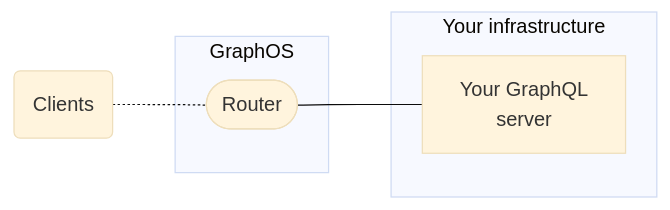
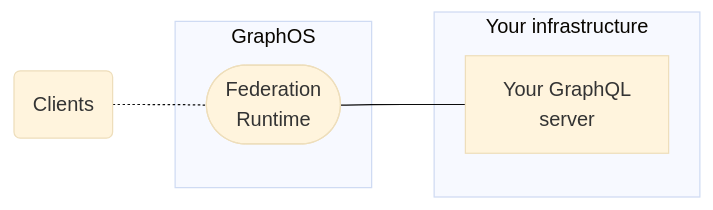
One commit to apollographql/docs changed the second of 5 diagrams in src/content/graphos/basics/graphs/index.mdx. Above: the diagram before and after it, drawn with Mermaid (base theme). The commit also changed other lines of this file and 4 other files, not shown here.

````diff
--- a/src/content/graphos/basics/graphs/index.mdx
+++ b/src/content/graphos/basics/graphs/index.mdx
@@ -108,13 +108,13 @@
 ```mermaid
 flowchart LR;
   clients(Clients);
   subgraph "GraphOS";
-  router(["Router"]);
+  runtime(["Federation<br/>Runtime"]);
   end;
   subgraph "Your infrastructure";
   api["Your GraphQL<br/>server"];
-  router --- api
+  runtime --- api
   end;
-  clients -.- router;
+  clients -.- runtime;
   class clients secondary;
 ```
````
